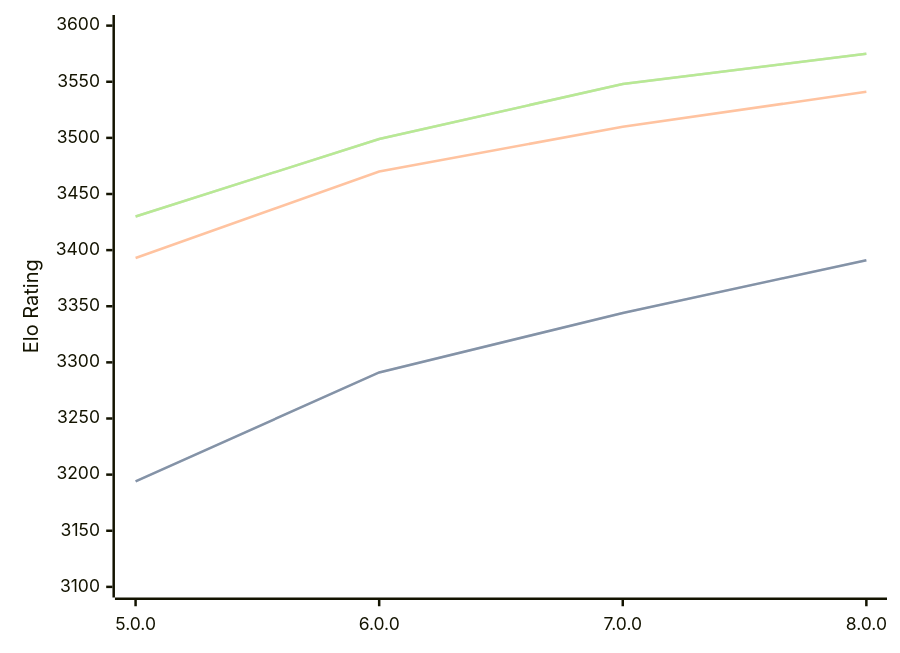
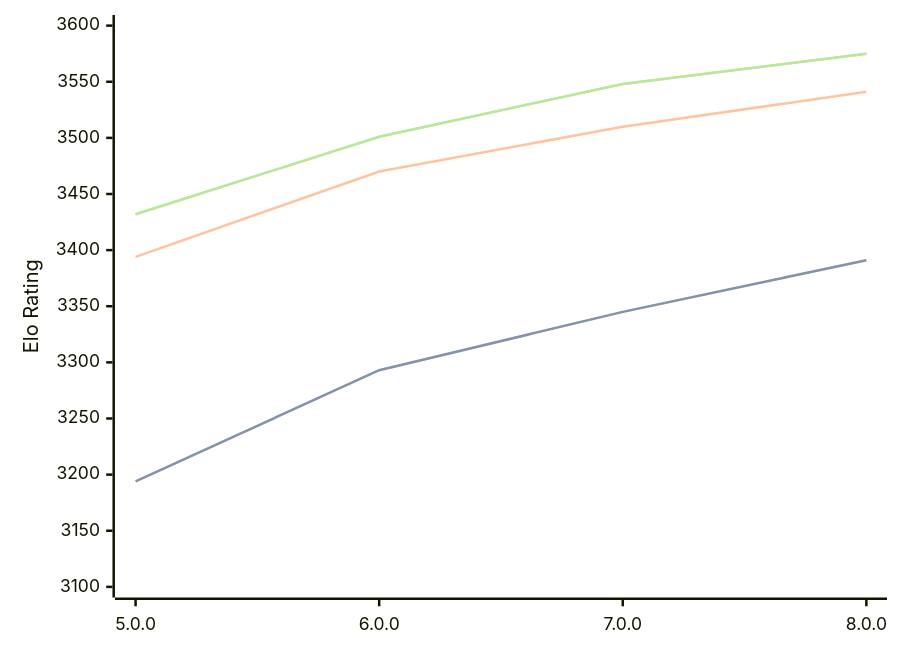
Before and after one commit to computer-chess-index/cci: the diagram in engines/Stormphrax.md, drawn with Mermaid. The commit also changed other lines of this file, not shown here.

Commit message:
Update CCI Ratings (ELO VLTC) - 2026-08-19

````diff
--- a/engines/Stormphrax.md
+++ b/engines/Stormphrax.md
@@ -34,11 +34,11 @@
 ```mermaid
 %%{init: {"theme":"base","themeVariables":{"seriesColors:['#a3a3a3','#222221','#faa371']}}}%%
 xychart-beta
   x-axis ["5.0.0", "6.0.0", "7.0.0", "8.0.0"]
   y-axis "Elo Rating" 3100 --> 3600
-  line "STC (8.0+0.08s)" [3194, 3291, 3344, 3391]
-  line "STC (8.0+0.08s)" [3194, 3291, 3344, 3391]
-  line "LTC (60.0+0.60s)" [3393, 3470, 3510, 3541]
-  line "VLTC (2m24s+1.12s)" [3430, 3499, 3548, 3575]
-  line "VLTC (2m24s+1.12s)" [3430, 3499, 3548, 3575]
+  line "STC (8.0+0.08s)" [3194, 3293, 3345, 3391]
+  line "STC (8.0+0.08s)" [3194, 3293, 3345, 3391]
+  line "LTC (60.0+0.60s)" [3394, 3470, 3510, 3541]
+  line "VLTC (2m24s+1.12s)" [3432, 3501, 3548, 3575]
+  line "VLTC (2m24s+1.12s)" [3432, 3501, 3548, 3575]
 ```
````
